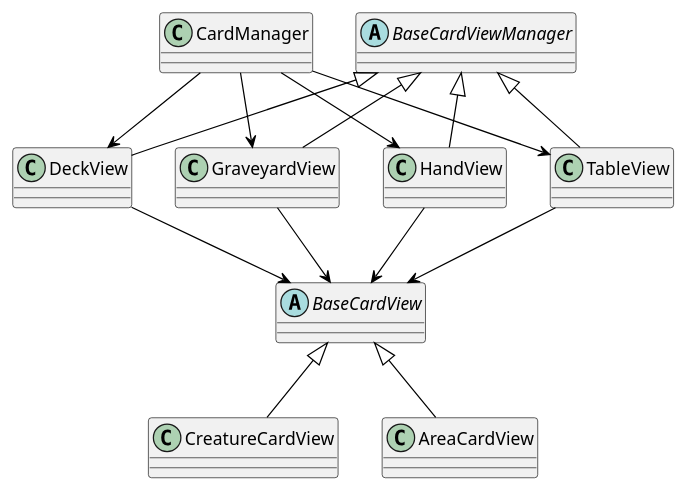
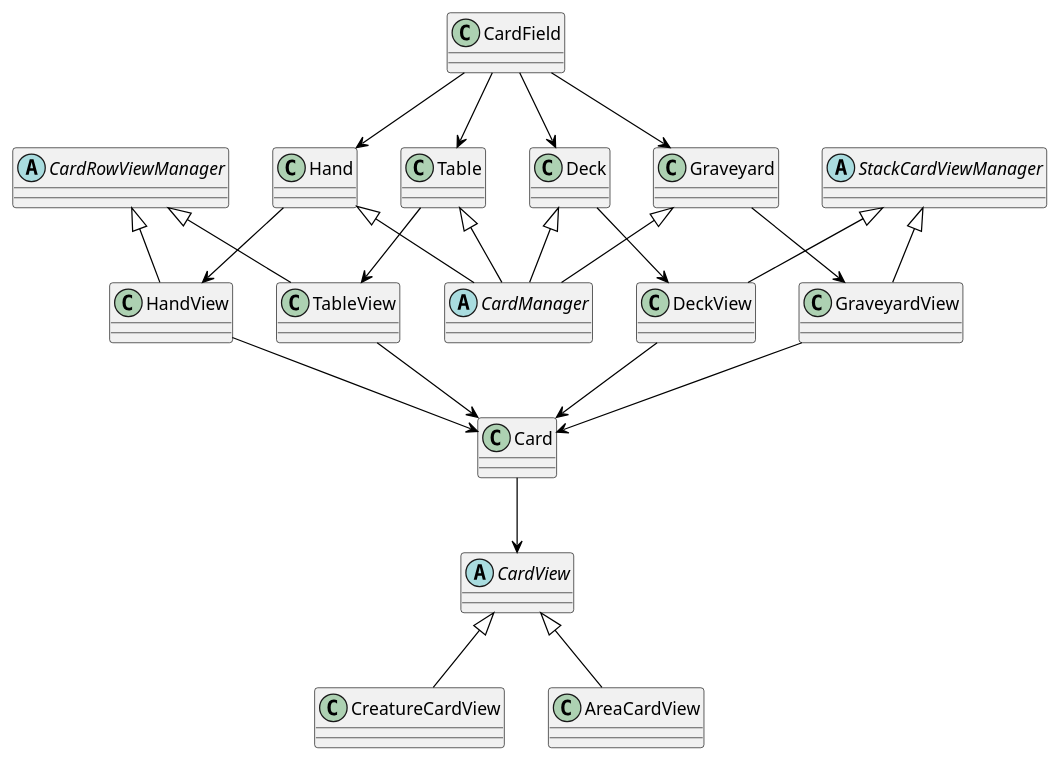
One commit to gamesFTW/phaser-card-game-client changed the diagram in uml/card-view-manager.puml. Above: the diagram before and after it, drawn with PlantUML.

Commit message:
New card managers arch #1

```diff
--- a/uml/card-view-manager.puml
+++ b/uml/card-view-manager.puml
@@ -1,55 +1,66 @@
 @startuml
 
 skinparam class {
 	ArrowColor black
 	BorderColor black
 }
 
 skinparam stereotypeCBackgroundColor YellowGreen
 skinparam shadowing false
 
 
-class CardManager
-CardManager --> HandView
-CardManager --> TableView
-CardManager --> DeckView
-CardManager --> GraveyardView
+class CardField
+CardField --> Hand
+CardField --> Table
+CardField --> Deck
+CardField --> Graveyard
+
+abstract CardView
+
+abstract CardManager
+
+abstract CardRowViewManager
+
+abstract StackCardViewManager
 
 
-abstract BaseCardView
+class Card
+Card --> CardView
 
-abstract BaseCardViewManager
 
 class CreatureCardView
-BaseCardView <|-- CreatureCardView
+CardView <|-- CreatureCardView
 
 
 class AreaCardView
-BaseCardView <|-- AreaCardView
+CardView <|-- AreaCardView
 
 
-class HandView
-HandView --> BaseCardView
-BaseCardViewManager <|-- HandView
+class Hand
+Hand <|-- CardManager
+Hand --> HandView
+HandView --> Card
+CardRowViewManager <|-- HandView
 
 
-class TableView
-TableView --> BaseCardView
-BaseCardViewManager <|-- TableView
+class Table
+Table <|-- CardManager
+Table --> TableView
+TableView --> Card
+CardRowViewManager <|-- TableView
+
+class Graveyard
+Graveyard <|-- CardManager
+Graveyard --> GraveyardView
+GraveyardView --> Card
+StackCardViewManager <|-- GraveyardView
 
 
-class DeckView
-DeckView --> BaseCardView
-BaseCardViewManager <|-- DeckView
-
-
-class GraveyardView
-GraveyardView --> BaseCardView
-BaseCardViewManager <|-- GraveyardView
-
-
-'class Deck
-'class Graveyard
+class Deck
+Deck <|-- CardManager
+Deck  --> DeckView
+DeckView --> Card
+StackCardViewManager <|-- DeckView
 
 
 @enduml
```
